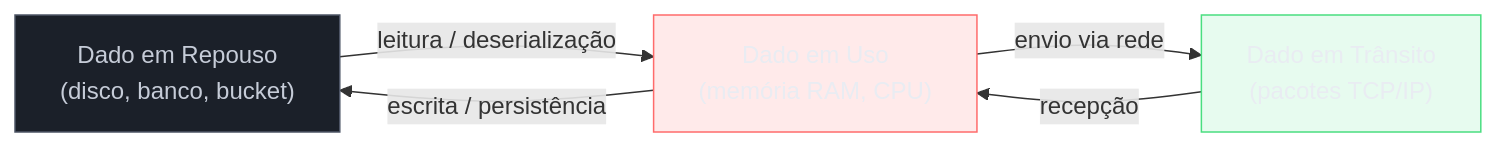
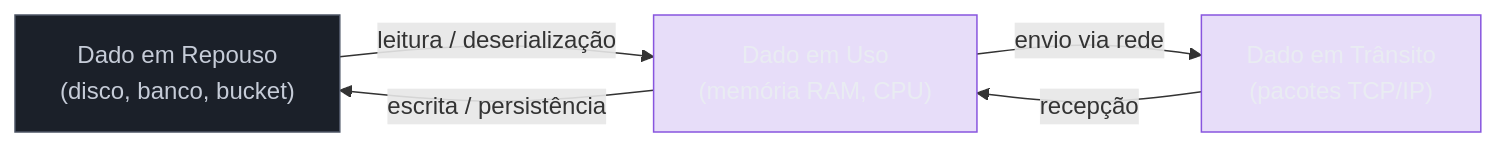
One commit to josenaldo/codex-technomanticus changed the first of 6 diagrams in 03-Dominios/Engenharia/Segurança/14 - Criptografia em trânsito e em repouso.md. Above: the diagram before and after it, drawn with Mermaid. The commit also changed other lines of this file and 601 other files, not shown here.

````diff
--- a/03-Dominios/Engenharia/Segurança/14 - Criptografia em trânsito e em repouso.md
+++ b/03-Dominios/Engenharia/Segurança/14 - Criptografia em trânsito e em repouso.md
@@ -27,13 +27,12 @@
 ```mermaid
 graph LR
+    classDef marca fill:#8855DF33,stroke:#8855DF,color:#E9ECF2
     classDef neutro fill:#1B2029,stroke:#4E5666,color:#C6CCD8
-    classDef falha fill:#FF6B6B24,stroke:#FF6B6B,color:#E9ECF2
-    classDef ok fill:#4ADE8021,stroke:#4ADE80,color:#E9ECF2
     A["Dado em Repouso<br/>(disco, banco, bucket)"] -->|"leitura / deserialização"| B["Dado em Uso<br/>(memória RAM, CPU)"]
     B -->|"escrita / persistência"| A
     B -->|"envio via rede"| C["Dado em Trânsito<br/>(pacotes TCP/IP)"]
     C -->|"recepção"| B
     class A neutro
-    class B falha
-    class C ok
+    class B marca
+    class C marca
 ```
````
